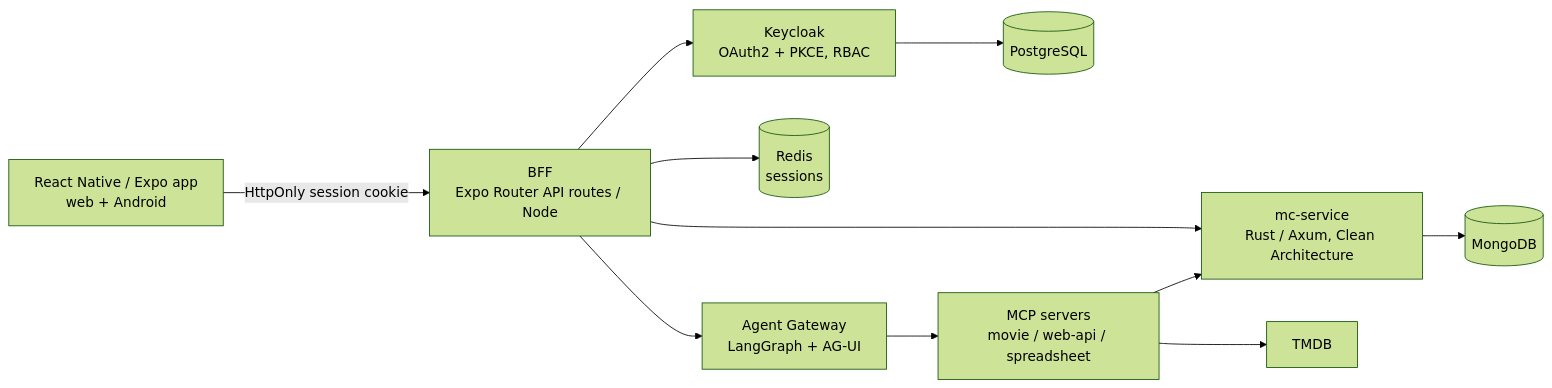
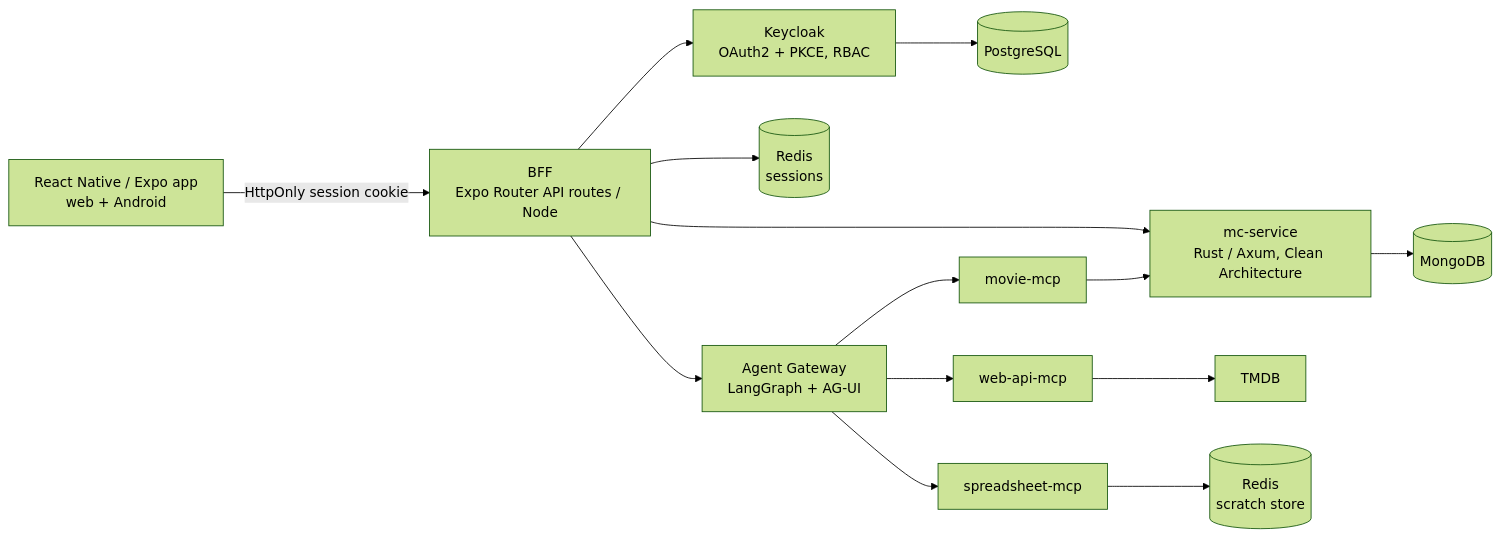
Before and after one commit to jumbleknot/MovieCollectionManager: the diagram in README.md, drawn with Mermaid (forest theme). The commit also changed other lines of this file and 5 other files, not shown here.

````diff
--- a/README.md
+++ b/README.md
@@ -20,13 +20,16 @@
 ```mermaid
 graph LR
     C[React Native / Expo app<br/>web + Android] -->|HttpOnly session cookie| B[BFF<br/>Expo Router API routes / Node]
     B --> K[Keycloak<br/>OAuth2 + PKCE, RBAC]
     B --> R[(Redis<br/>sessions)]
     B --> S[mc-service<br/>Rust / Axum, Clean Architecture]
     B --> G[Agent Gateway<br/>LangGraph + AG-UI]
     S --> M[(MongoDB)]
     K --> P[(PostgreSQL)]
-    G --> MCP[MCP servers<br/>movie / web-api / spreadsheet]
-    MCP --> S
-    MCP --> T[TMDB]
+    G --> MM[movie-mcp]
+    G --> WM[web-api-mcp]
+    G --> SM[spreadsheet-mcp]
+    MM --> S
+    WM --> T[TMDB]
+    SM --> SR[(Redis<br/>scratch store)]
 ```
````
